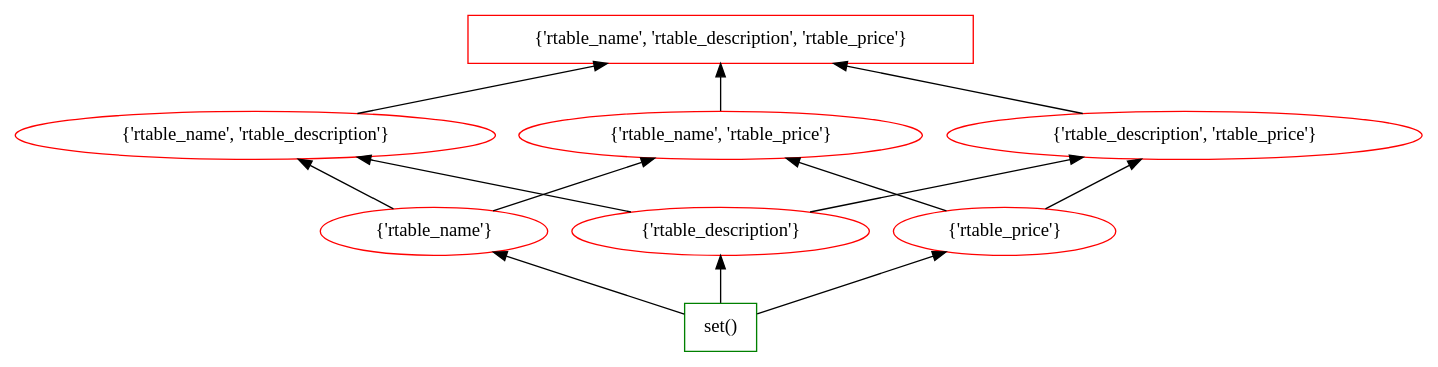
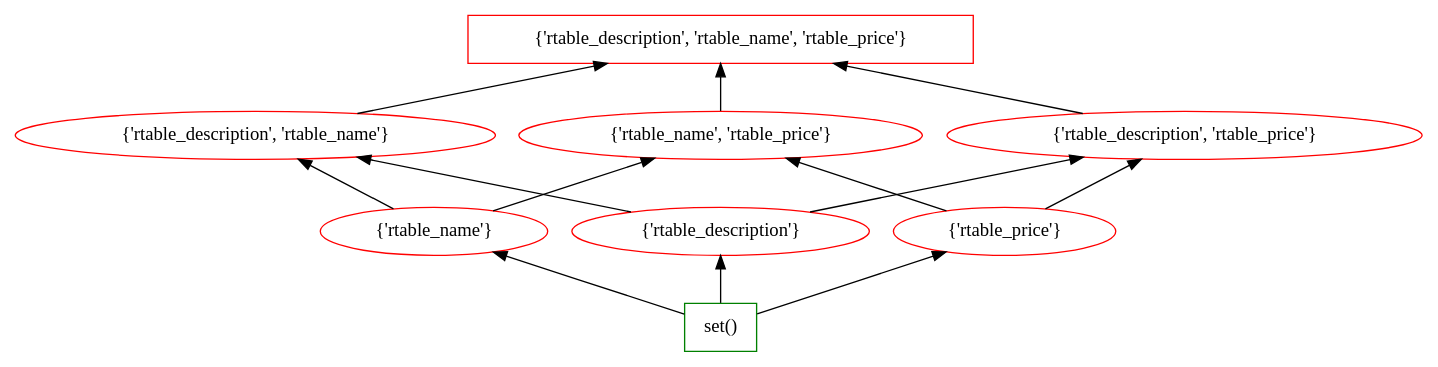
Before and after one commit to tteofili/certem: the diagram in data_new/AB/Ditto/3/lattice_5.dot, drawn with Graphviz. The commit also changed 434 other files, not shown here.

```diff
--- a/data_new/AB/Ditto/3/lattice_5.dot
+++ b/data_new/AB/Ditto/3/lattice_5.dot
@@ -1,26 +1,26 @@
 digraph G {
 splines="line"
 rankdir=BT
-"{'rtable_name', 'rtable_description', 'rtable_price'}" [shape=box];
+"{'rtable_description', 'rtable_name', 'rtable_price'}" [shape=box];
 "set()" [shape=box];
 "set()" [color=green];
 "set()" -> "{'rtable_name'}";
 "set()" -> "{'rtable_description'}";
 "set()" -> "{'rtable_price'}";
 "{'rtable_name'}" [color=red];
-"{'rtable_name'}" -> "{'rtable_name', 'rtable_description'}";
+"{'rtable_name'}" -> "{'rtable_description', 'rtable_name'}";
 "{'rtable_name'}" -> "{'rtable_name', 'rtable_price'}";
 "{'rtable_description'}" [color=red];
-"{'rtable_description'}" -> "{'rtable_name', 'rtable_description'}";
+"{'rtable_description'}" -> "{'rtable_description', 'rtable_name'}";
 "{'rtable_description'}" -> "{'rtable_description', 'rtable_price'}";
 "{'rtable_price'}" [color=red];
 "{'rtable_price'}" -> "{'rtable_name', 'rtable_price'}";
 "{'rtable_price'}" -> "{'rtable_description', 'rtable_price'}";
-"{'rtable_name', 'rtable_description'}" [color=red];
-"{'rtable_name', 'rtable_description'}" -> "{'rtable_name', 'rtable_description', 'rtable_price'}";
+"{'rtable_description', 'rtable_name'}" [color=red];
+"{'rtable_description', 'rtable_name'}" -> "{'rtable_description', 'rtable_name', 'rtable_price'}";
 "{'rtable_name', 'rtable_price'}" [color=red];
-"{'rtable_name', 'rtable_price'}" -> "{'rtable_name', 'rtable_description', 'rtable_price'}";
+"{'rtable_name', 'rtable_price'}" -> "{'rtable_description', 'rtable_name', 'rtable_price'}";
 "{'rtable_description', 'rtable_price'}" [color=red];
-"{'rtable_description', 'rtable_price'}" -> "{'rtable_name', 'rtable_description', 'rtable_price'}";
-"{'rtable_name', 'rtable_description', 'rtable_price'}" [color=red];
+"{'rtable_description', 'rtable_price'}" -> "{'rtable_description', 'rtable_name', 'rtable_price'}";
+"{'rtable_description', 'rtable_name', 'rtable_price'}" [color=red];
 }
```
